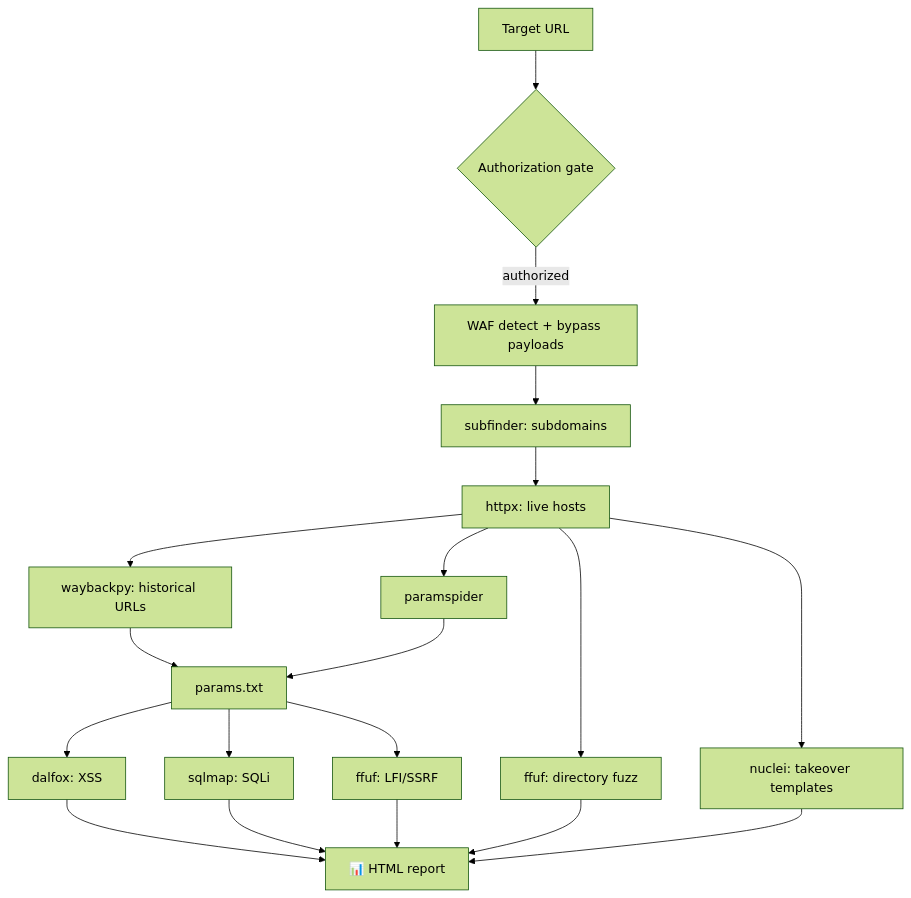
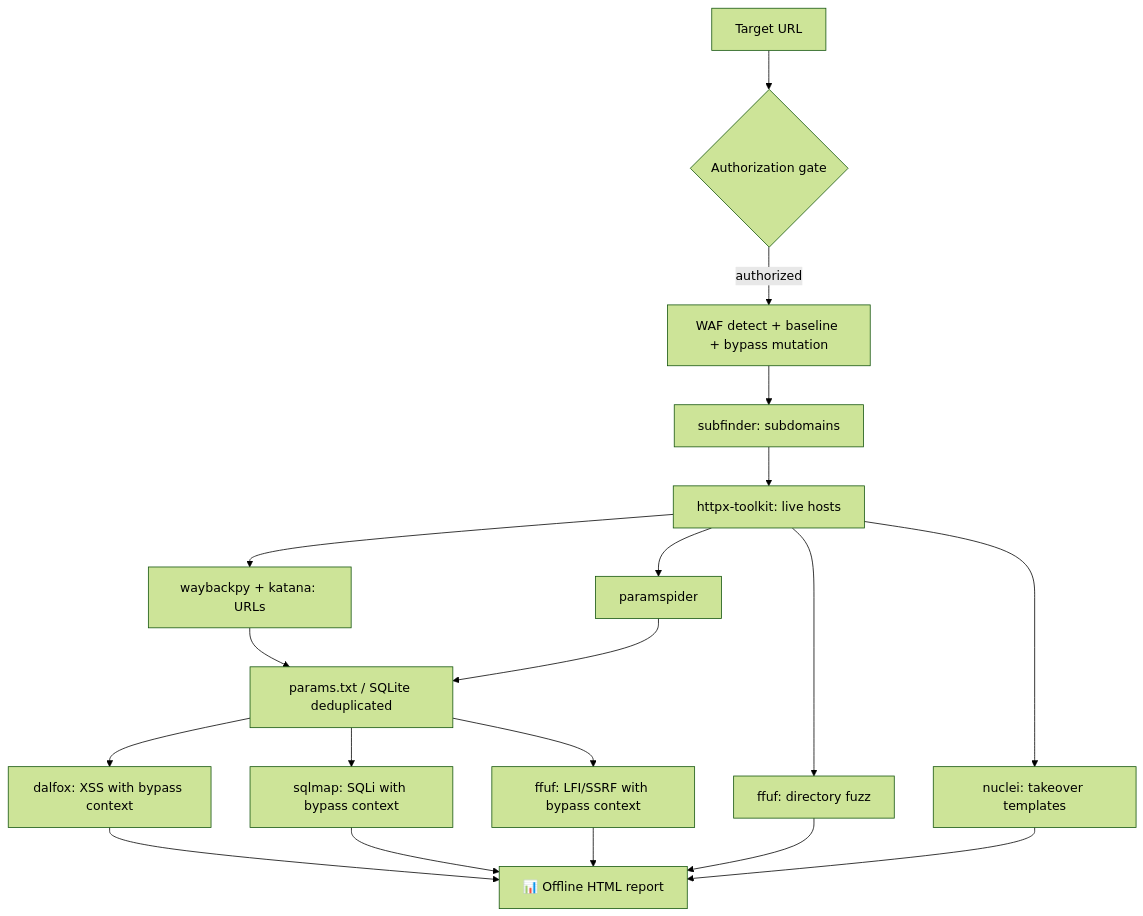
Before and after one commit to omar-riadd/ShadowRecon: the diagram in README.md, drawn with Mermaid (forest theme). The commit also changed other lines of this file, not shown here.

Commit message:
docs: update README to reflect v3.0 async architecture, layout, and CLI flags

````diff
--- a/README.md
+++ b/README.md
@@ -36,16 +37,16 @@
 ```mermaid
 flowchart TD
     A[Target URL] --> G{Authorization gate}
-    G -->|authorized| W[WAF detect + bypass payloads]
+    G -->|authorized| W[WAF detect + baseline + bypass mutation]
     W --> S[subfinder: subdomains]
-    S --> H[httpx: live hosts]
-    H --> WB[waybackpy: historical URLs]
+    S --> H[httpx-toolkit: live hosts]
+    H --> WB[waybackpy + katana: URLs]
     H --> F[ffuf: directory fuzz]
     H --> N[nuclei: takeover templates]
-    WB --> P[params.txt]
+    WB --> P[params.txt / SQLite deduplicated]
     H --> PS[paramspider] --> P
-    P --> X[dalfox: XSS]
-    P --> Q[sqlmap: SQLi]
-    P --> L[ffuf: LFI/SSRF]
-    X & Q & L & F & N --> R[📊 HTML report]
+    P --> X[dalfox: XSS with bypass context]
+    P --> Q[sqlmap: SQLi with bypass context]
+    P --> L[ffuf: LFI/SSRF with bypass context]
+    X & Q & L & F & N --> R[📊 Offline HTML report]
 ```
````
